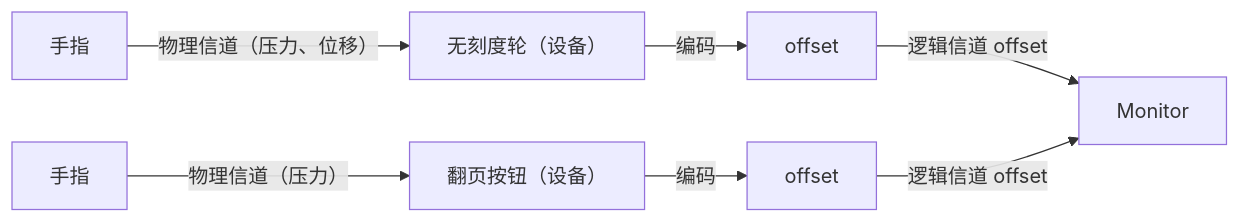
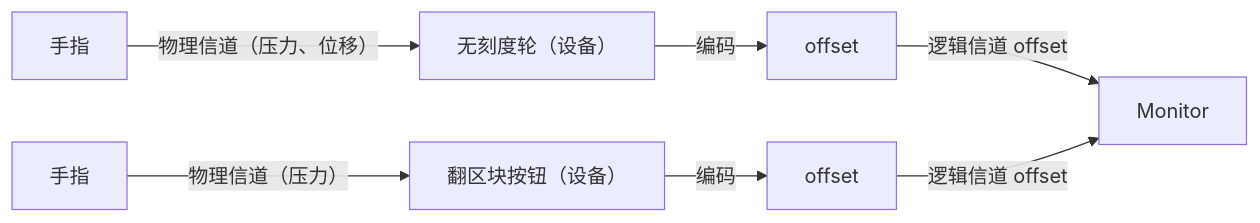
One commit to Frank-Steven/HoundWhiteboard changed the first of 5 diagrams in src/core/devices/docs/device-document.md. Above: the diagram before and after it, drawn with Mermaid. The commit also changed other lines of this file and 78 other files, not shown here.

````diff
--- a/src/core/devices/docs/device-document.md
+++ b/src/core/devices/docs/device-document.md
@@ -41,9 +41,9 @@
 ```mermaid
 graph LR
   A1[手指] -->|物理信道（压力、位移）| B1[无刻度轮（设备）]
-  A2[手指] -->|物理信道（压力）| B2[翻页按钮（设备）]
+  A2[手指] -->|物理信道（压力）| B2[翻区块按钮（设备）]
   B1 -->|编码| C1[offset]
   B2 -->|编码| C2[offset]
   C1 -->|逻辑信道 offset| D[Monitor]
   C2 -->|逻辑信道 offset| D
 ```
````
